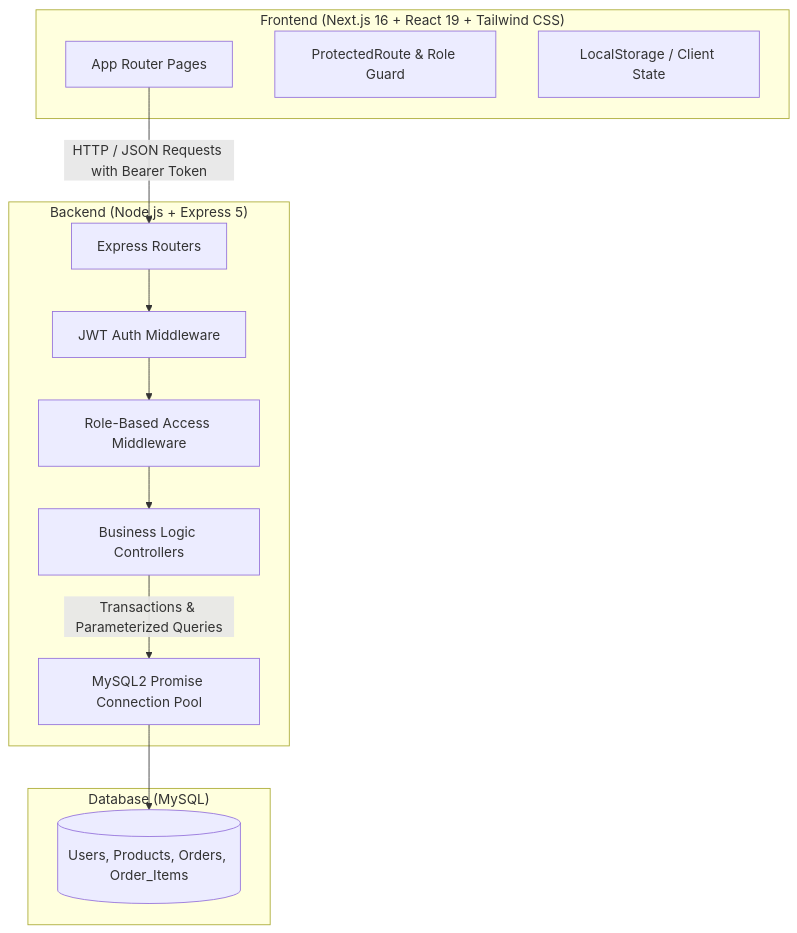
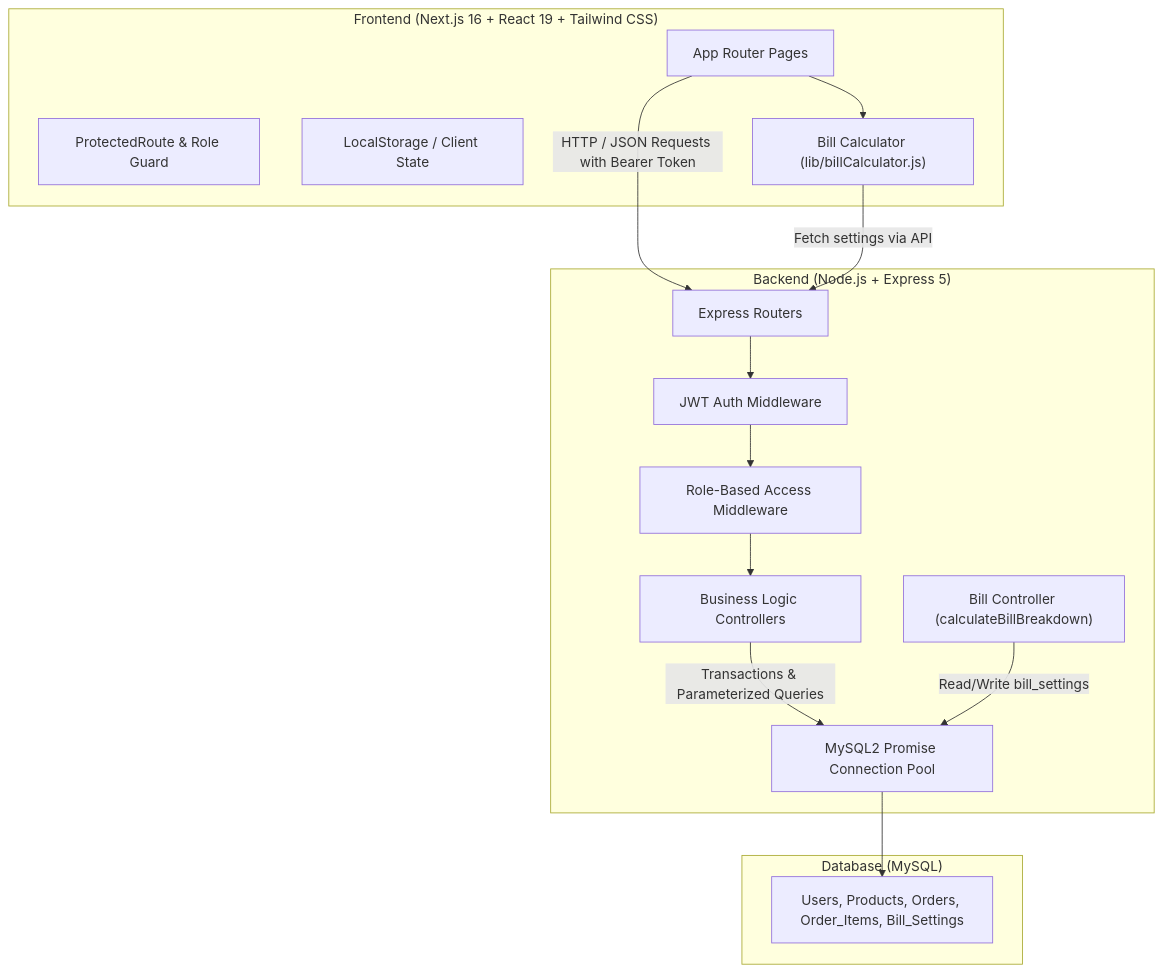
One commit to Saichowdary02/cafe-app changed the first of 3 diagrams in README.md. Above: the diagram before and after it, drawn with Mermaid. The commit also changed other lines of this file and 11 other files, not shown here.

````diff
--- a/README.md
+++ b/README.md
@@ -40,27 +41,32 @@
 ```mermaid
 graph TD
     subgraph Client ["Frontend (Next.js 16 + React 19 + Tailwind CSS)"]
         UI[App Router Pages]
         AuthGuard[ProtectedRoute & Role Guard]
         State[LocalStorage / Client State]
+        BillCalc["Bill Calculator (lib/billCalculator.js)"]
     end
 
     subgraph API ["Backend (Node.js + Express 5)"]
         Router[Express Routers]
         AuthMW[JWT Auth Middleware]
         RoleMW[Role-Based Access Middleware]
         Controllers[Business Logic Controllers]
+        BillCtrl["Bill Controller (calculateBillBreakdown)"]
         DBPool[MySQL2 Promise Connection Pool]
     end
 
     subgraph Storage ["Database (MySQL)"]
-        Tables[(Users, Products, Orders, Order_Items)]
+        Tables["Users, Products, Orders, Order_Items, Bill_Settings"]
     end
 
     UI -->|HTTP / JSON Requests with Bearer Token| Router
     Router --> AuthMW
     AuthMW --> RoleMW
     RoleMW --> Controllers
     Controllers -->|Transactions & Parameterized Queries| DBPool
+    BillCtrl -->|Read/Write bill_settings| DBPool
     DBPool --> Tables
+    UI --> BillCalc
+    BillCalc -->|Fetch settings via API| Router
 ```
````
